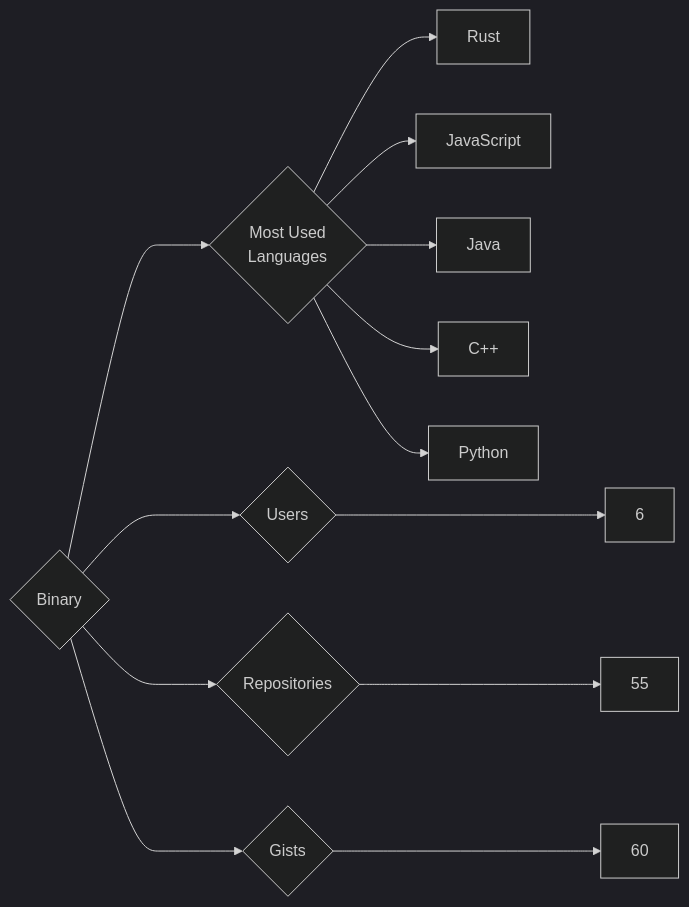
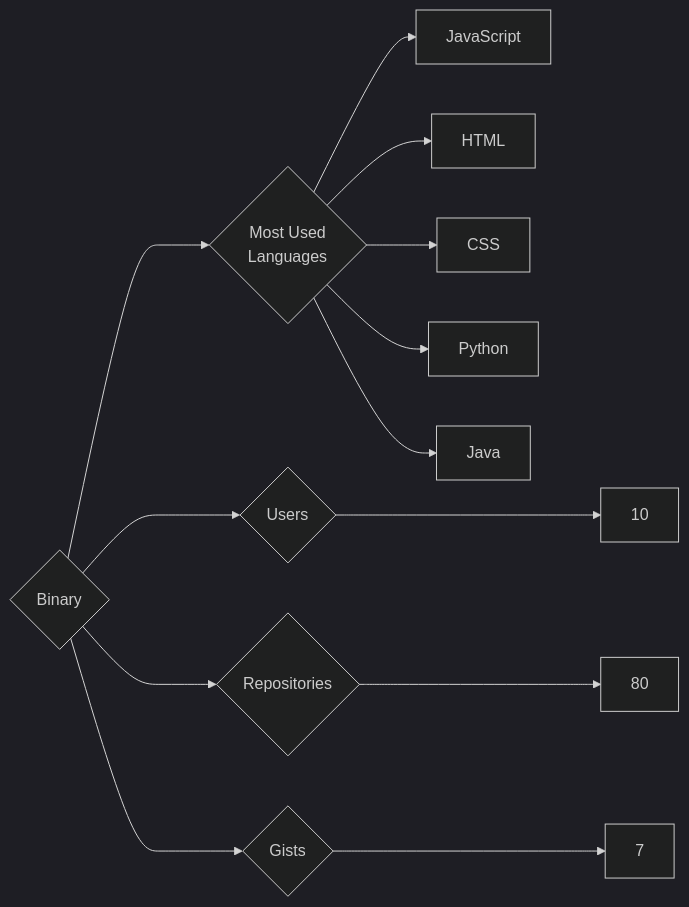
Before and after one commit to trickest/insiders: the diagram in targets/Binary/README.md, drawn with Mermaid (dark theme). The commit also changed 1148 other files, not shown here.

````diff
--- a/targets/Binary/README.md
+++ b/targets/Binary/README.md
@@ -3,13 +3,13 @@
 ```mermaid
 graph LR
 COMPANY_NAME{Binary}
-COMPANY_NAME ---> U{Users} ---> UN[6]
-COMPANY_NAME ---> R{Repositories} ---> RN[55]
-COMPANY_NAME ---> G{Gists} ---> GN[60]
+COMPANY_NAME ---> U{Users} ---> UN[10]
+COMPANY_NAME ---> R{Repositories} ---> RN[80]
+COMPANY_NAME ---> G{Gists} ---> GN[7]
 COMPANY_NAME ---> ML{Most Used<br>Languages}
-ML --> Rust[Rust]
 ML --> JavaScript[JavaScript]
+ML --> HTML[HTML]
+ML --> CSS[CSS]
+ML --> Python[Python]
 ML --> Java[Java]
-ML --> C++[C++]
-ML --> Python[Python]
 ```
````
